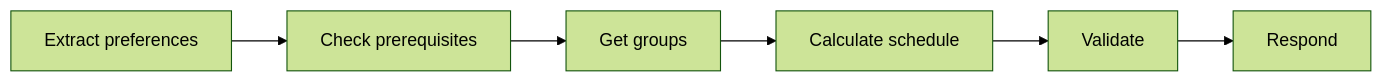
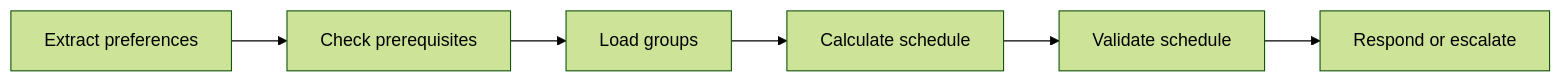
One commit to aldoapicella/utp-schedule-agent-lab changed the diagram in docs/stages/stage-03-orchestration.md. Above: the diagram before and after it, drawn with Mermaid (forest theme). The commit also changed other lines of this file and 109 other files, not shown here.

````diff
--- a/docs/stages/stage-03-orchestration.md
+++ b/docs/stages/stage-03-orchestration.md
@@ -31,8 +33,8 @@
 ```mermaid
 flowchart LR
   A["Extract preferences"] --> B["Check prerequisites"]
-  B --> C["Get groups"]
+  B --> C["Load groups"]
   C --> D["Calculate schedule"]
-  D --> E["Validate"]
-  E --> F["Respond"]
+  D --> E["Validate schedule"]
+  E --> F["Respond or escalate"]
 ```
````
